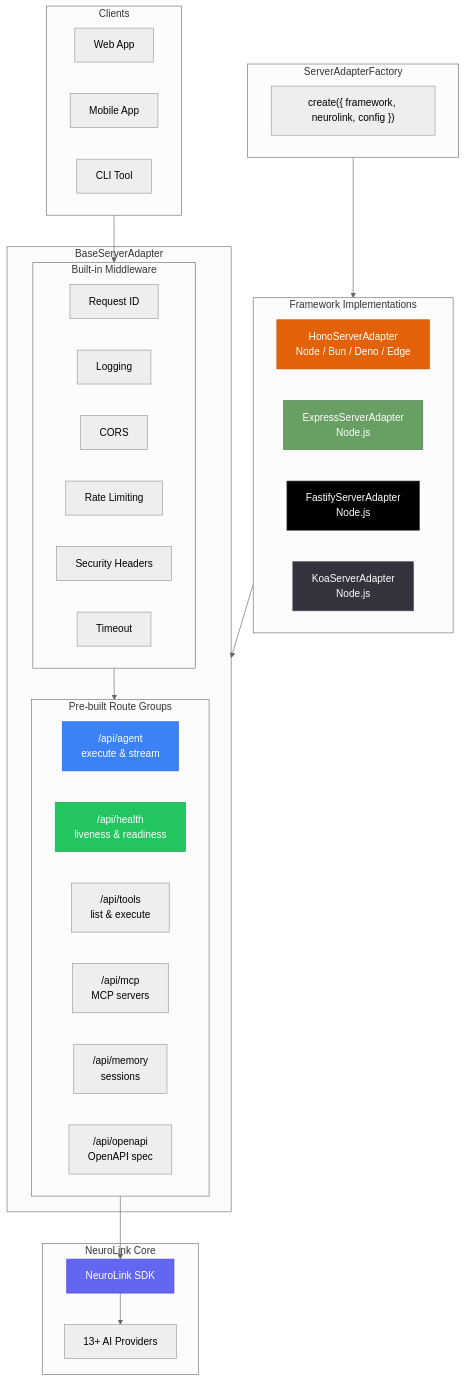
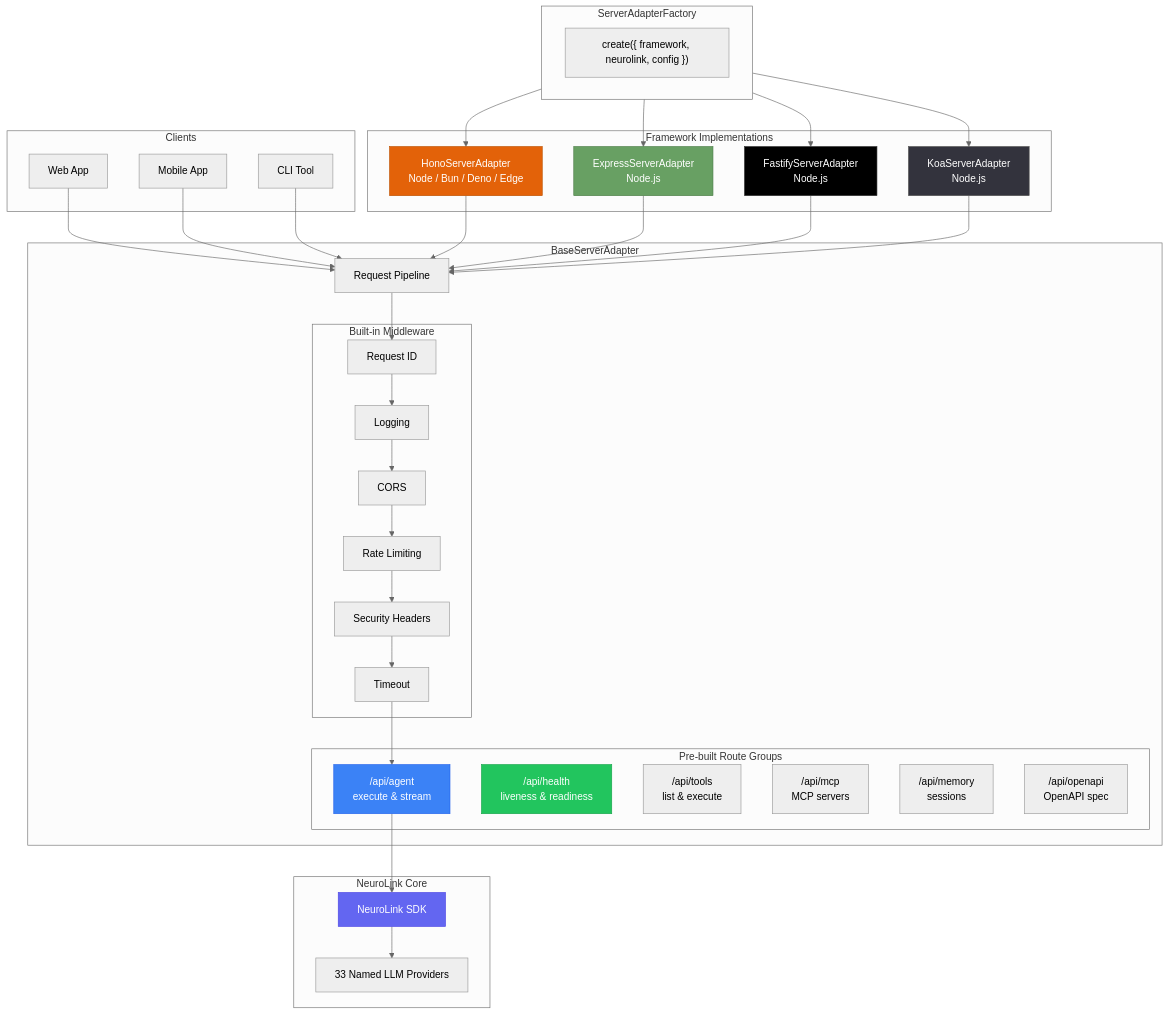
One commit to juspay/neurolink-blog changed the first of 3 diagrams in _posts/2026-01-12-server-adapters.md. Above: the diagram before and after it, drawn with Mermaid (neutral theme). The commit also changed other lines of this file and 172 other files, not shown here.

````diff
--- a/_posts/2026-01-12-server-adapters.md
+++ b/_posts/2026-01-12-server-adapters.md
@@ -44,60 +44,76 @@
 ```mermaid
 flowchart TB
     subgraph Clients["Clients"]
         WEB["Web App"]
         MOB["Mobile App"]
         CLI["CLI Tool"]
     end
 
     subgraph Factory["ServerAdapterFactory"]
         direction LR
         CF["create({ framework, neurolink, config })"]
     end
 
     subgraph Adapter["BaseServerAdapter"]
+        ENTRY["Request Pipeline"]
+
         subgraph MW["Built-in Middleware"]
             REQID["Request ID"]
             LOGGING["Logging"]
             CORS["CORS"]
             RATE["Rate Limiting"]
             SEC["Security Headers"]
             TIMEOUT["Timeout"]
         end
 
         subgraph Routes["Pre-built Route Groups"]
             AGENT["/api/agent<br/>execute & stream"]
             HEALTH["/api/health<br/>liveness & readiness"]
             TOOLS["/api/tools<br/>list & execute"]
             MCP_R["/api/mcp<br/>MCP servers"]
             MEMORY["/api/memory<br/>sessions"]
             OPENAPI_R["/api/openapi<br/>OpenAPI spec"]
         end
     end
 
     subgraph Frameworks["Framework Implementations"]
         HONO["HonoServerAdapter<br/>Node / Bun / Deno / Edge"]
         EXPRESS["ExpressServerAdapter<br/>Node.js"]
         FASTIFY["FastifyServerAdapter<br/>Node.js"]
         KOA["KoaServerAdapter<br/>Node.js"]
     end
 
     subgraph Core["NeuroLink Core"]
         NL["NeuroLink SDK"]
-        PROV["13+ AI Providers"]
+        PROV["33 Named LLM Providers"]
     end
 
-    Clients --> MW
-    MW --> Routes
-    Routes --> NL
+    WEB --> ENTRY
+    MOB --> ENTRY
+    CLI --> ENTRY
+    ENTRY --> REQID
+    REQID --> LOGGING
+    LOGGING --> CORS
+    CORS --> RATE
+    RATE --> SEC
+    SEC --> TIMEOUT
+    TIMEOUT --> AGENT
+    AGENT --> NL
     NL --> PROV
-    CF --> Frameworks
-    Frameworks --> Adapter
+    CF --> HONO
+    CF --> EXPRESS
+    CF --> FASTIFY
+    CF --> KOA
+    HONO --> ENTRY
+    EXPRESS --> ENTRY
+    FASTIFY --> ENTRY
+    KOA --> ENTRY
 
     style HONO fill:#e36209,stroke:#bd5200,color:#fff
     style EXPRESS fill:#68a063,stroke:#4e7e4a,color:#fff
     style FASTIFY fill:#000000,stroke:#333,color:#fff
     style KOA fill:#33333d,stroke:#555,color:#fff
     style NL fill:#6366f1,stroke:#4f46e5,color:#fff
     style AGENT fill:#3b82f6,stroke:#2563eb,color:#fff
     style HEALTH fill:#22c55e,stroke:#16a34a,color:#fff
 ```
````
